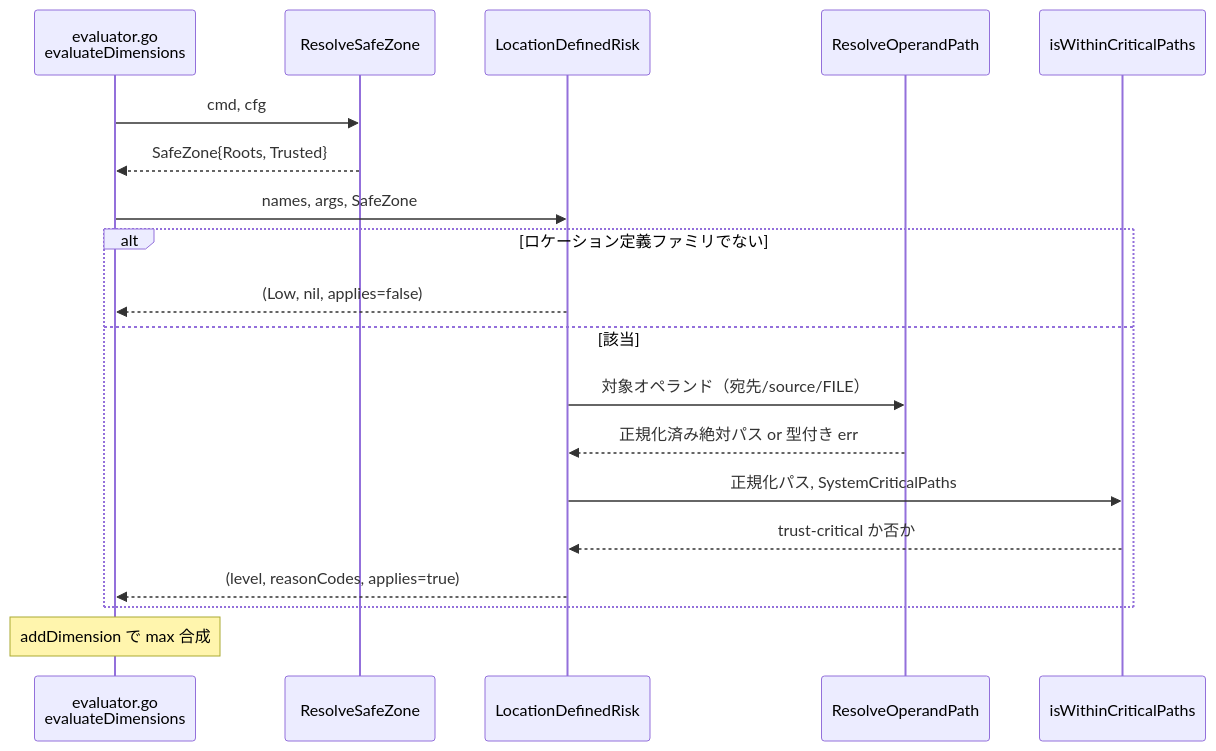
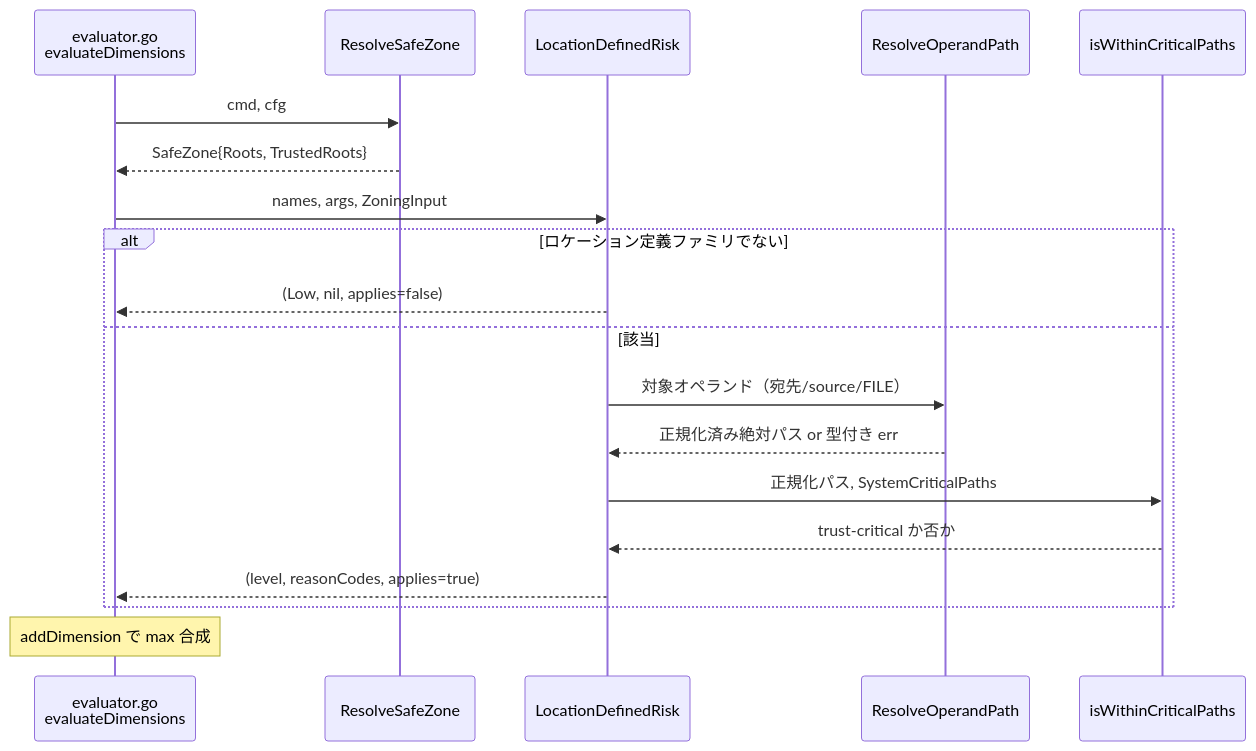
One commit to isseis/go-safe-cmd-runner changed the third of 6 diagrams in docs/tasks/0140_risk_level_classification_review/02_architecture.md. Above: the diagram before and after it, drawn with Mermaid. The commit also changed other lines of this file, not shown here.

````diff
--- a/docs/tasks/0140_risk_level_classification_review/02_architecture.md
+++ b/docs/tasks/0140_risk_level_classification_review/02_architecture.md
@@ -130,22 +130,22 @@
 ```mermaid
 sequenceDiagram
     participant EV as evaluator.go<br>evaluateDimensions
     participant SZ as ResolveSafeZone
     participant LZ as LocationDefinedRisk
     participant PR as ResolveOperandPath
     participant CP as isWithinCriticalPaths
 
     EV->>SZ: cmd, cfg
-    SZ-->>EV: SafeZone{Roots, Trusted}
-    EV->>LZ: names, args, SafeZone
+    SZ-->>EV: SafeZone{Roots, TrustedRoots}
+    EV->>LZ: names, args, ZoningInput
     alt ロケーション定義ファミリでない
         LZ-->>EV: (Low, nil, applies=false)
     else 該当
         LZ->>PR: 対象オペランド（宛先/source/FILE）
         PR-->>LZ: 正規化済み絶対パス or 型付き err
         LZ->>CP: 正規化パス, SystemCriticalPaths
         CP-->>LZ: trust-critical か否か
         LZ-->>EV: (level, reasonCodes, applies=true)
     end
     Note over EV: addDimension で max 合成
 ```
````
